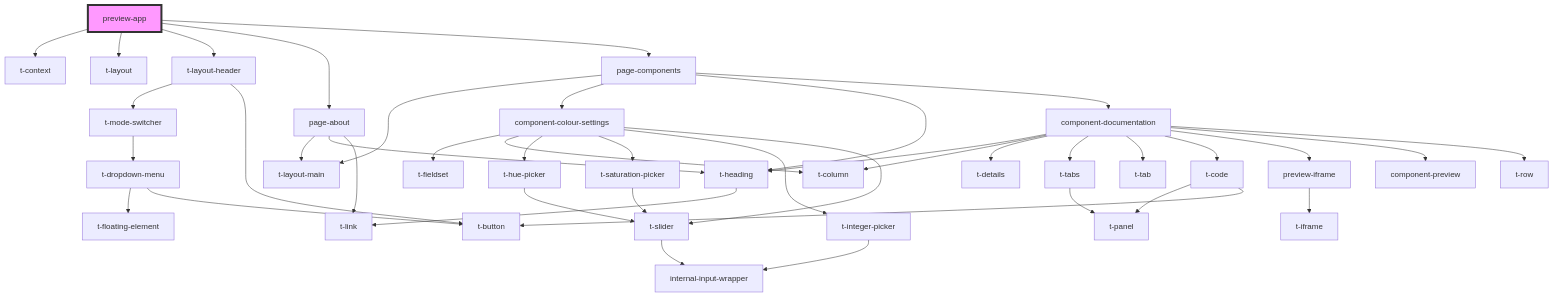
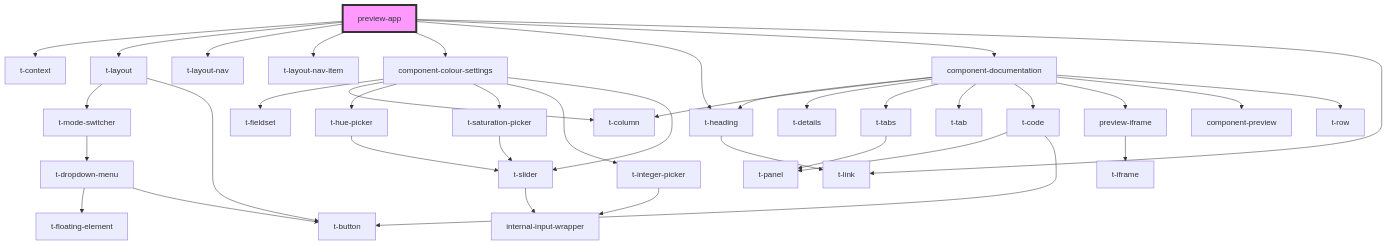
One commit to TomasEng/web-components changed the diagram in packages/t-web-components/src/preview-app/readme.md. Above: the diagram before and after it, drawn with Mermaid. The commit also changed other lines of this file and 37 other files, not shown here.

````diff
--- a/packages/t-web-components/src/preview-app/readme.md
+++ b/packages/t-web-components/src/preview-app/readme.md
@@ -19,45 +22,41 @@
 ```mermaid
 graph TD;
   preview-app --> t-context
   preview-app --> t-layout
-  preview-app --> t-layout-header
-  preview-app --> page-about
-  preview-app --> page-components
-  t-layout-header --> t-mode-switcher
-  t-layout-header --> t-button
+  preview-app --> t-layout-nav
+  preview-app --> t-layout-nav-item
+  preview-app --> component-colour-settings
+  preview-app --> t-heading
+  preview-app --> component-documentation
+  preview-app --> t-link
+  t-layout --> t-mode-switcher
+  t-layout --> t-button
   t-mode-switcher --> t-dropdown-menu
   t-dropdown-menu --> t-floating-element
   t-dropdown-menu --> t-button
-  page-about --> t-layout-main
-  page-about --> t-heading
-  page-about --> t-link
-  t-heading --> t-link
-  page-components --> t-layout-main
-  page-components --> component-colour-settings
-  page-components --> t-heading
-  page-components --> component-documentation
   component-colour-settings --> t-fieldset
   component-colour-settings --> t-column
   component-colour-settings --> t-hue-picker
   component-colour-settings --> t-saturation-picker
   component-colour-settings --> t-integer-picker
   component-colour-settings --> t-slider
   t-hue-picker --> t-slider
   t-slider --> internal-input-wrapper
   t-saturation-picker --> t-slider
   t-integer-picker --> internal-input-wrapper
+  t-heading --> t-link
   component-documentation --> t-heading
   component-documentation --> t-column
   component-documentation --> t-details
   component-documentation --> t-tabs
   component-documentation --> t-tab
   component-documentation --> t-code
   component-documentation --> preview-iframe
   component-documentation --> component-preview
   component-documentation --> t-row
   t-tabs --> t-panel
   t-code --> t-panel
   t-code --> t-button
   preview-iframe --> t-iframe
   style preview-app fill:#f9f,stroke:#333,stroke-width:4px
 ```
````
